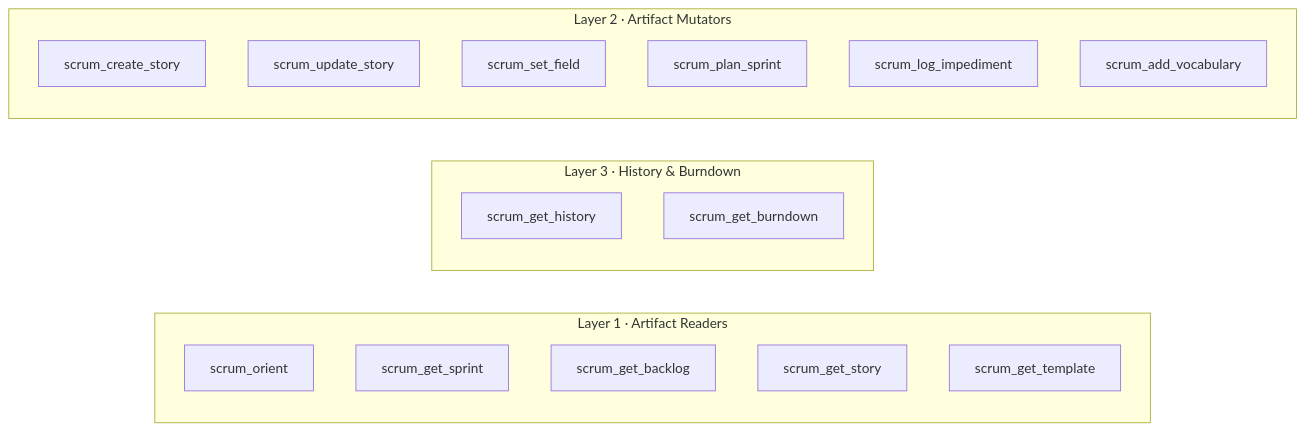
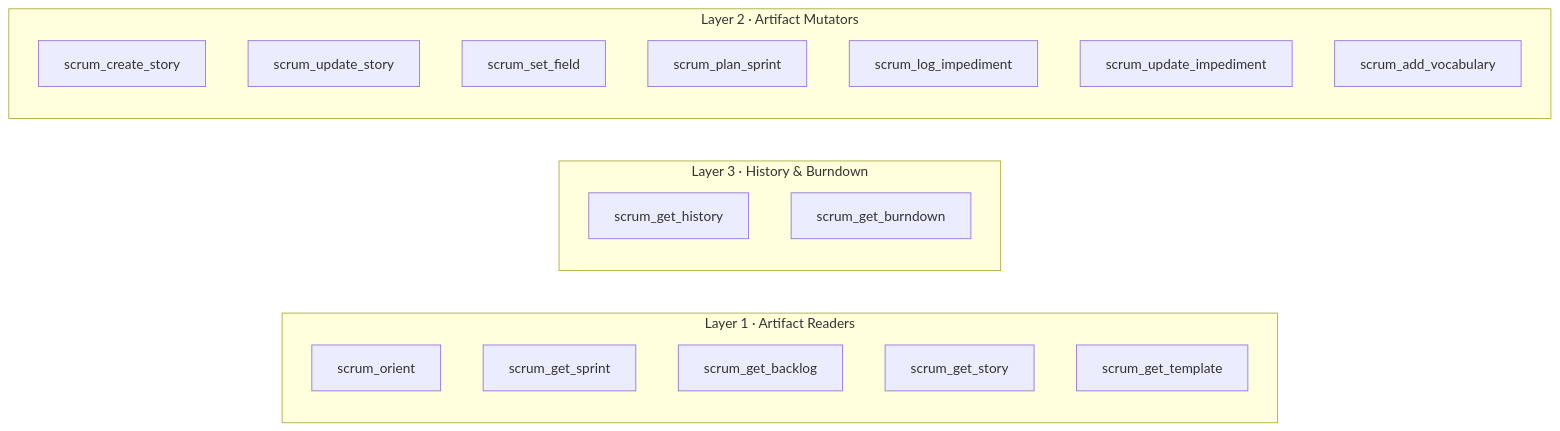
Before and after one commit to hoonsubin/github-projects-mcp-server: the third of 4 diagrams in README.md, drawn with Mermaid. The commit also changed other lines of this file and 21 other files, not shown here.

````diff
--- a/README.md
+++ b/README.md
@@ -375,27 +375,28 @@
 ```mermaid
 flowchart LR
     subgraph L1["Layer 1 · Artifact Readers"]
         direction TB
         orient["scrum_orient"]
         get_sprint["scrum_get_sprint"]
         get_backlog["scrum_get_backlog"]
         get_story["scrum_get_story"]
         get_template["scrum_get_template"]
     end
 
     subgraph L3["Layer 3 · History & Burndown"]
         direction TB
         get_history["scrum_get_history"]
         get_burndown["scrum_get_burndown"]
     end
 
     subgraph L2["Layer 2 · Artifact Mutators"]
         direction TB
         create["scrum_create_story"]
         update["scrum_update_story"]
         set_field["scrum_set_field"]
         plan["scrum_plan_sprint"]
         log_imp["scrum_log_impediment"]
+        upd_imp["scrum_update_impediment"]
         add_vocab["scrum_add_vocabulary"]
     end
 ```
````
